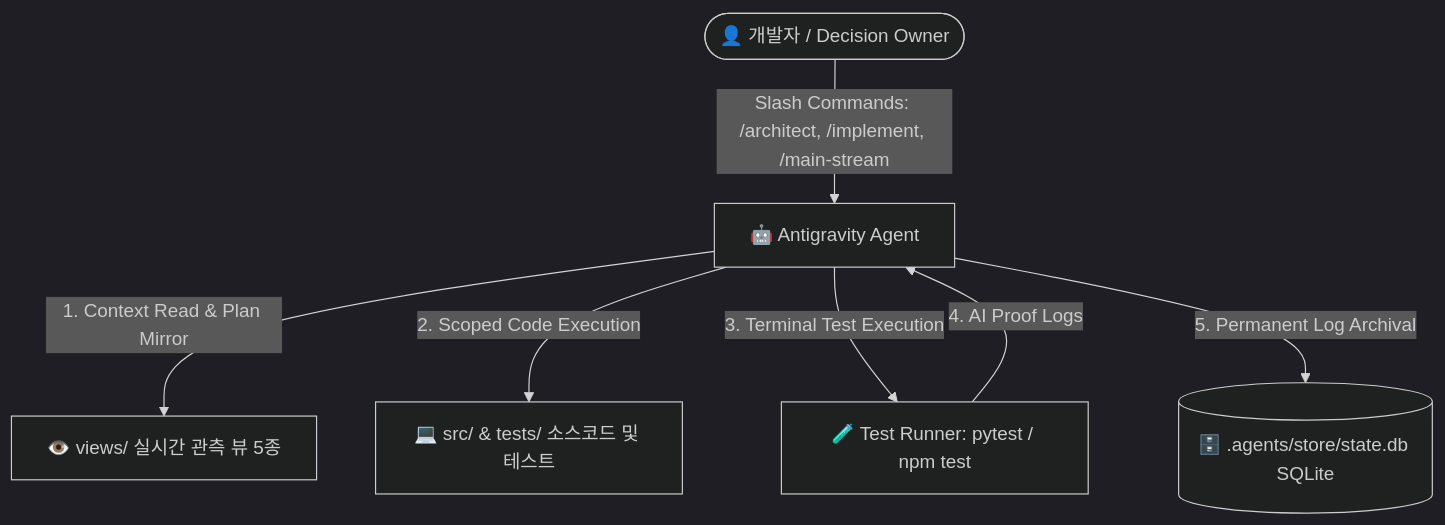
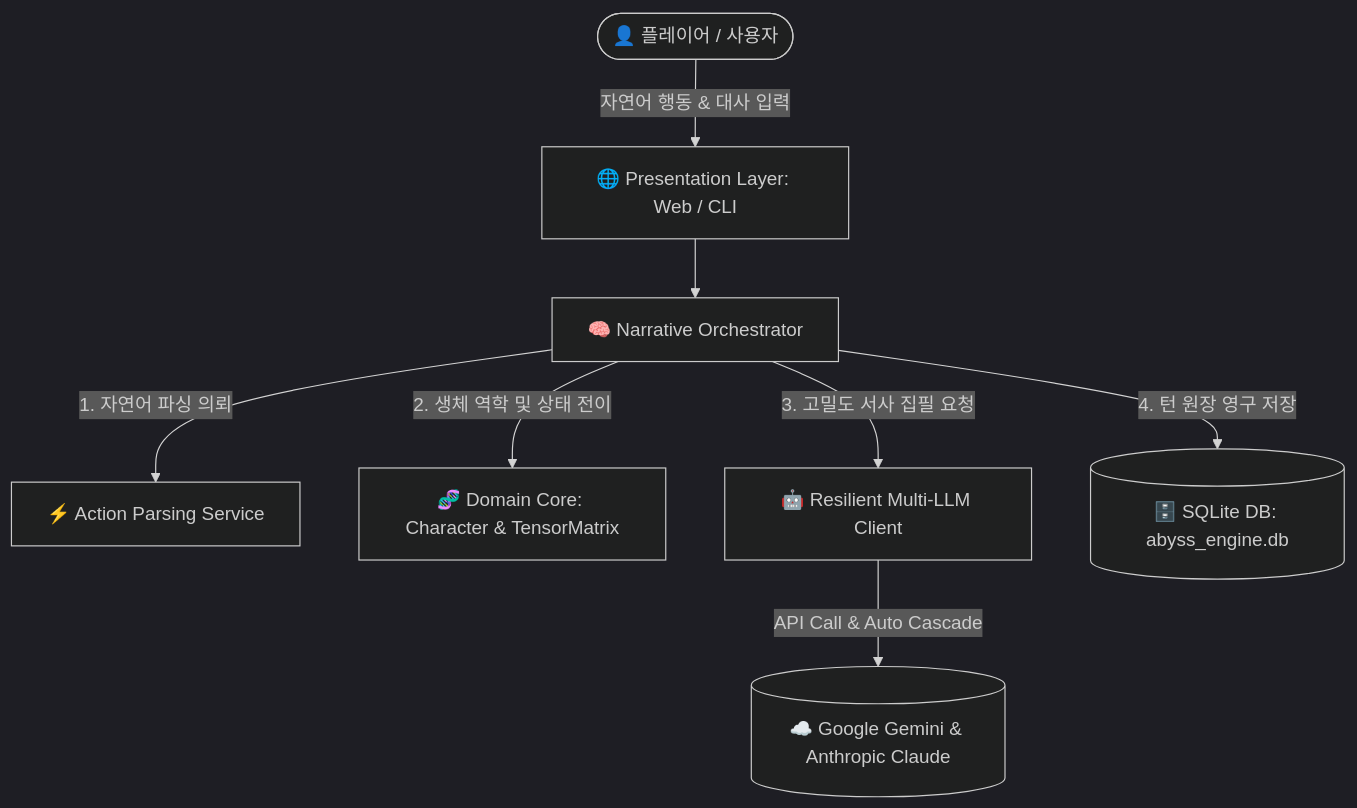
One commit to jinseobhong/Antigravity-Python-StarterKit changed the first of 3 diagrams in views/ARCHITECTURE.md. Above: the diagram before and after it, drawn with Mermaid (dark theme). The commit also changed other lines of this file and 2 other files, not shown here.

Commit message:
docs: synthesize reverse-engineered architecture blueprint for AbyssEngine in views/ARCHITECTURE.md

````diff
--- a/views/ARCHITECTURE.md
+++ b/views/ARCHITECTURE.md
@@ -30,9 +34,12 @@
 ```mermaid
 graph TD
-    User([👤 개발자 / Decision Owner]) -->|Slash Commands: /architect, /implement, /main-stream| AGY[🤖 Antigravity Agent]
-    AGY -->|1. Context Read & Plan Mirror| Views[👁️ views/ 실시간 관측 뷰 5종]
-    AGY -->|2. Scoped Code Execution| Source[💻 src/ & tests/ 소스코드 및 테스트]
-    AGY -->|3. Terminal Test Execution| Terminal[🧪 Test Runner: pytest / npm test]
-    Terminal -->|4. AI Proof Logs| AGY
-    AGY -->|5. Permanent Log Archival| Store[(🗄️ .agents/store/state.db SQLite)]
+    User([👤 플레이어 / 사용자]) -->|자연어 행동 & 대사 입력| Presentation[🌐 Presentation Layer: Web / CLI]
+    Presentation --> Orchestrator[🧠 Narrative Orchestrator]
+    
+    Orchestrator -->|1. 자연어 파싱 의뢰| ActionParser[⚡ Action Parsing Service]
+    Orchestrator -->|2. 생체 역학 및 상태 전이| DomainCore[🧬 Domain Core: Character & TensorMatrix]
+    Orchestrator -->|3. 고밀도 서사 집필 요청| LLMAdapter[🤖 Resilient Multi-LLM Client]
+    
+    LLMAdapter -->|API Call & Auto Cascade| CloudLLMs[(☁️ Google Gemini & Anthropic Claude)]
+    Orchestrator -->|4. 턴 원장 영구 저장| DBAdapter[(🗄️ SQLite DB: abyss_engine.db)]
 ```
````
